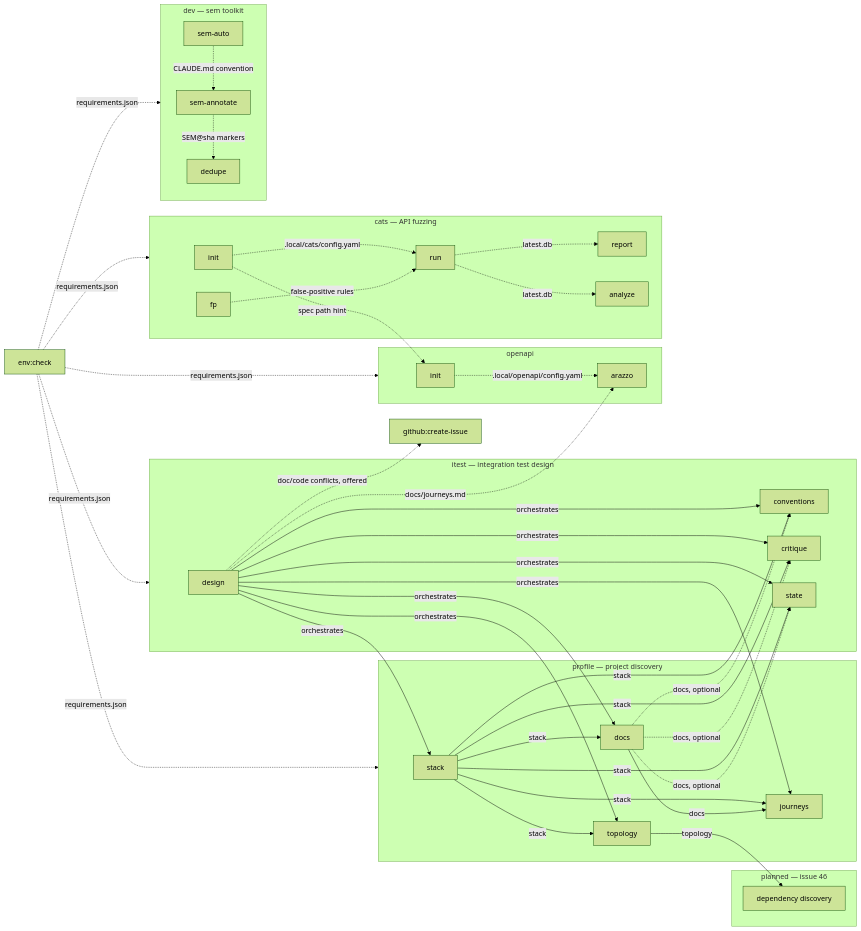
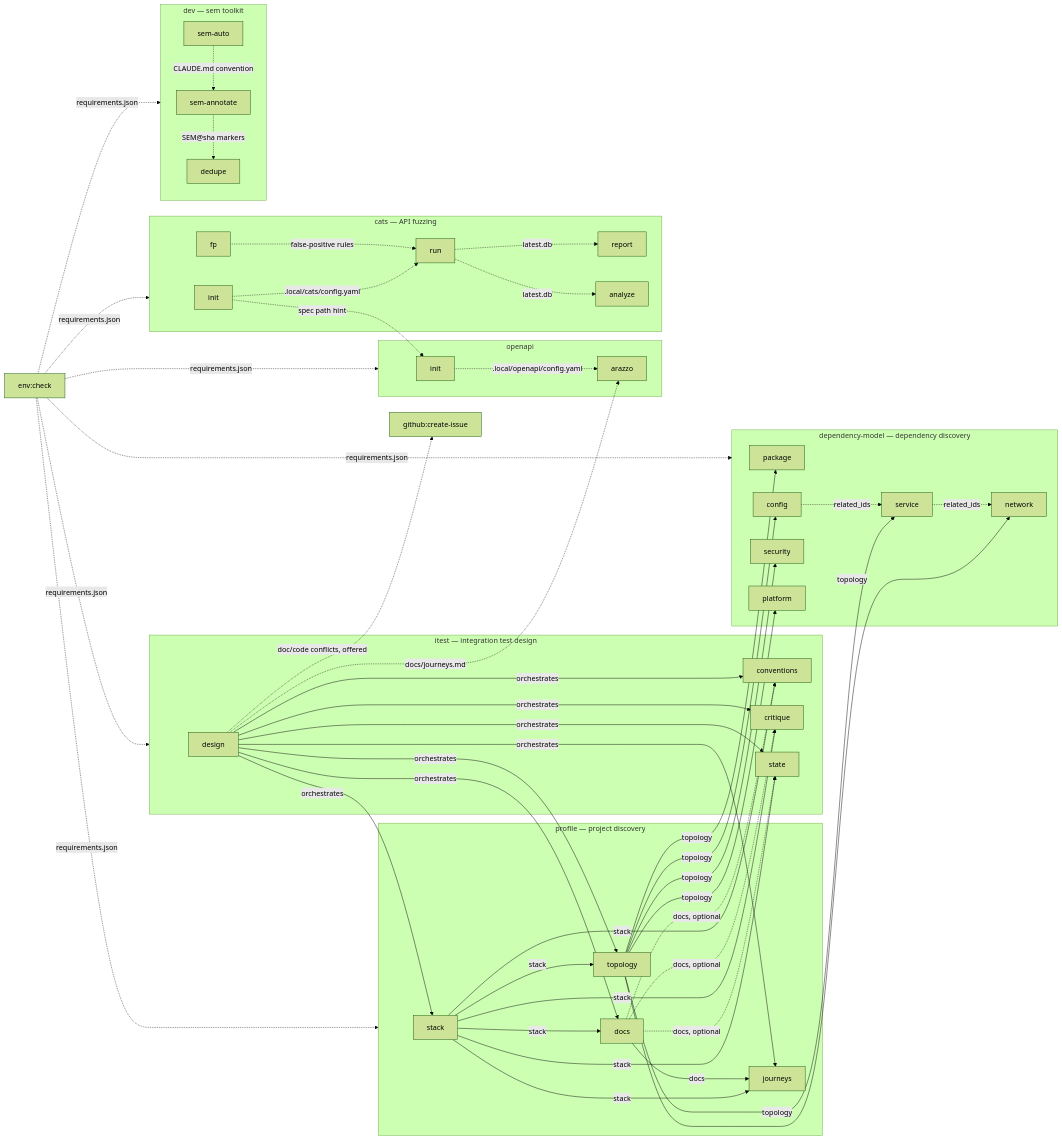
One commit to ericfitz/skills changed the diagram in docs/ARCHITECTURE.md. Above: the diagram before and after it, drawn with Mermaid (forest theme). The commit also changed other lines of this file, not shown here.

First line of the commit message:
docs(architecture): map dependency-model into the plugin graph and catalog (#48)

````diff
--- a/docs/ARCHITECTURE.md
+++ b/docs/ARCHITECTURE.md
@@ -66,8 +66,13 @@
     d_dedupe["dedupe"]
   end
 
-  subgraph planned["planned — issue 46"]
-    x_disc["dependency discovery"]
+  subgraph depmodel["dependency-model — dependency discovery"]
+    x_pkg["package"]
+    x_svc["service"]
+    x_cfg["config"]
+    x_sec["security"]
+    x_plat["platform"]
+    x_net["network"]
   end
 
   gh["github:create-issue"]
@@ -106,11 +111,20 @@
   d_auto -. "CLAUDE.md convention" .-> d_annot
   d_annot -. "SEM@sha markers" .-> d_dedupe
 
-  p_topo -- "topology" --> x_disc
+  p_topo -- "topology" --> x_pkg
+  p_topo -- "topology" --> x_svc
+  p_topo -- "topology" --> x_cfg
+  p_topo -- "topology" --> x_sec
+  p_topo -- "topology" --> x_plat
+  p_topo -- "topology" --> x_net
+
+  x_svc -. "related_ids" .-> x_net
+  x_cfg -. "related_ids" .-> x_svc
 
   envchk -. "requirements.json" .-> profile
   envchk -. "requirements.json" .-> itest
   envchk -. "requirements.json" .-> openapi
   envchk -. "requirements.json" .-> cats
   envchk -. "requirements.json" .-> dev
+  envchk -. "requirements.json" .-> depmodel
 ```
````
